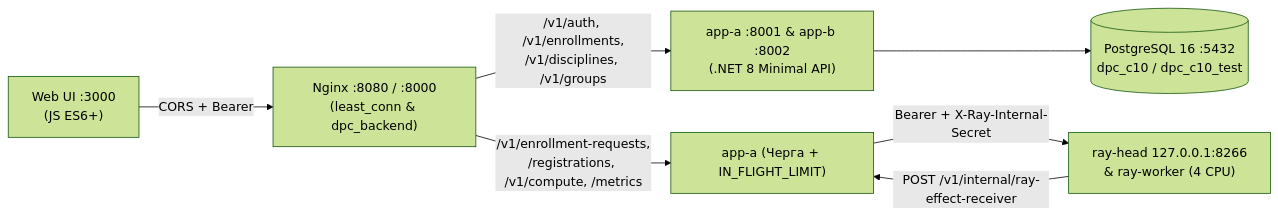
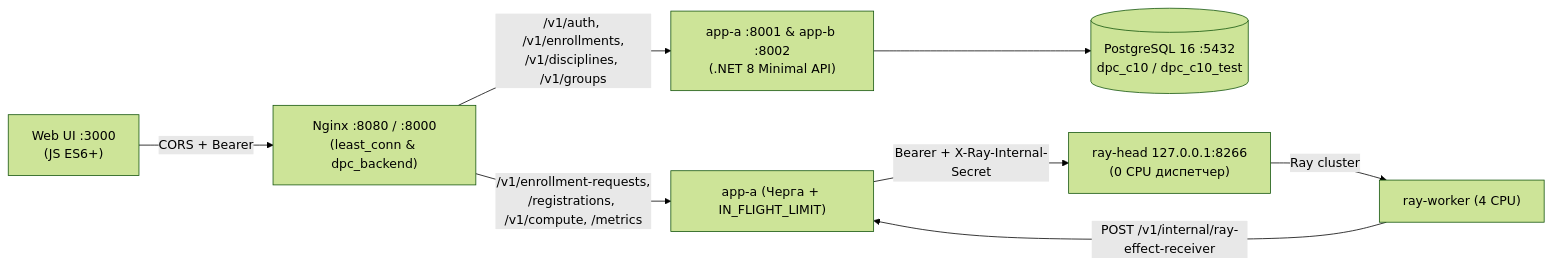
The diagram in README.md (AirFlex2/distributed-parallel-computing-and-web-course-c10), drawn with Mermaid (forest theme) before and after one commit. The commit also changed other lines of this file and 5 other files, not shown here.

````diff
--- a/README.md
+++ b/README.md
@@ -37,9 +37,10 @@
 ```mermaid
 flowchart LR
     Client["Web UI :3000<br>(JS ES6+)"] -->|CORS + Bearer| Nginx["Nginx :8080 / :8000<br>(least_conn & dpc_backend)"]
     Nginx -->|"/v1/auth, /v1/enrollments,<br>/v1/disciplines, /v1/groups"| WebNodes["app-a :8001 & app-b :8002<br>(.NET 8 Minimal API)"]
     Nginx -->|"/v1/enrollment-requests,<br>/registrations, /v1/compute, /metrics"| AppA["app-a (Черга + IN_FLIGHT_LIMIT)"]
-    AppA -->|"Bearer + X-Ray-Internal-Secret"| RayHead["ray-head 127.0.0.1:8266<br>& ray-worker (4 CPU)"]
-    RayHead -->|"POST /v1/internal/ray-effect-receiver"| AppA
+    AppA -->|"Bearer + X-Ray-Internal-Secret"| RayHead["ray-head 127.0.0.1:8266<br>(0 CPU диспетчер)"]
+    RayHead -->|"Ray cluster"| RayWorker["ray-worker (4 CPU)"]
+    RayWorker -->|"POST /v1/internal/ray-effect-receiver"| AppA
     WebNodes --> Postgres[("PostgreSQL 16 :5432<br>dpc_c10 / dpc_c10_test")]
 ```
````
